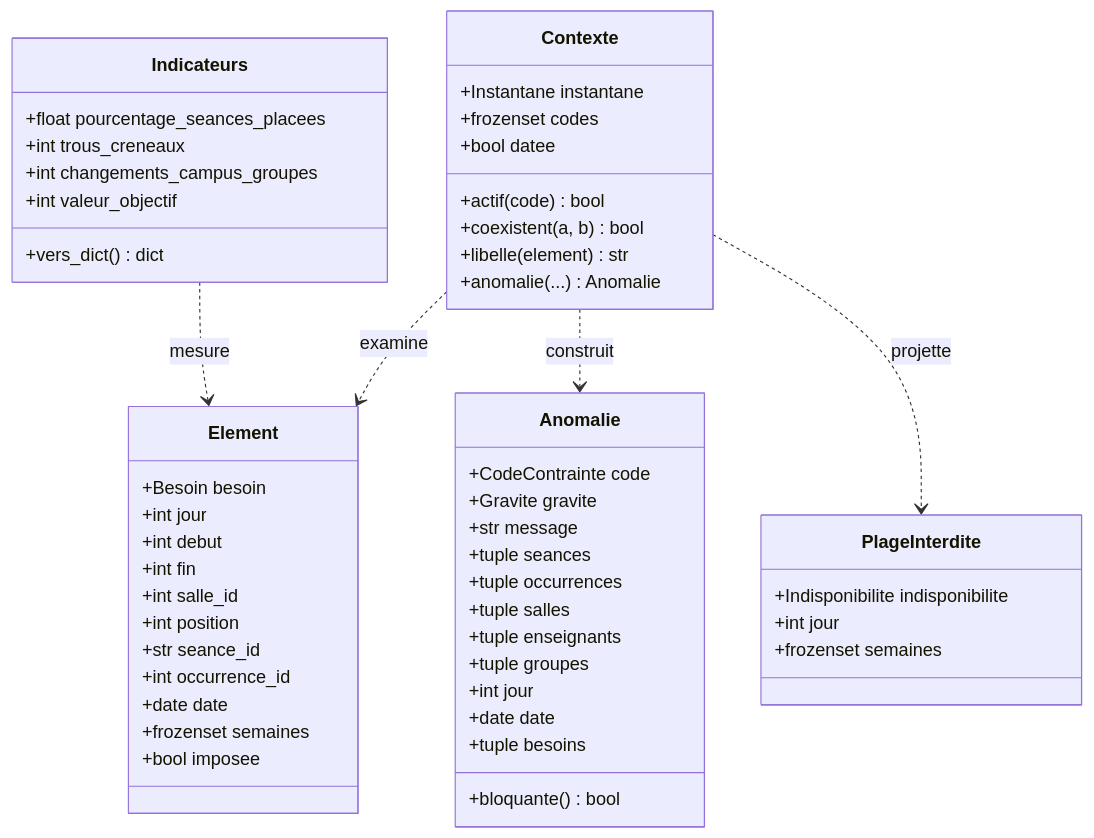
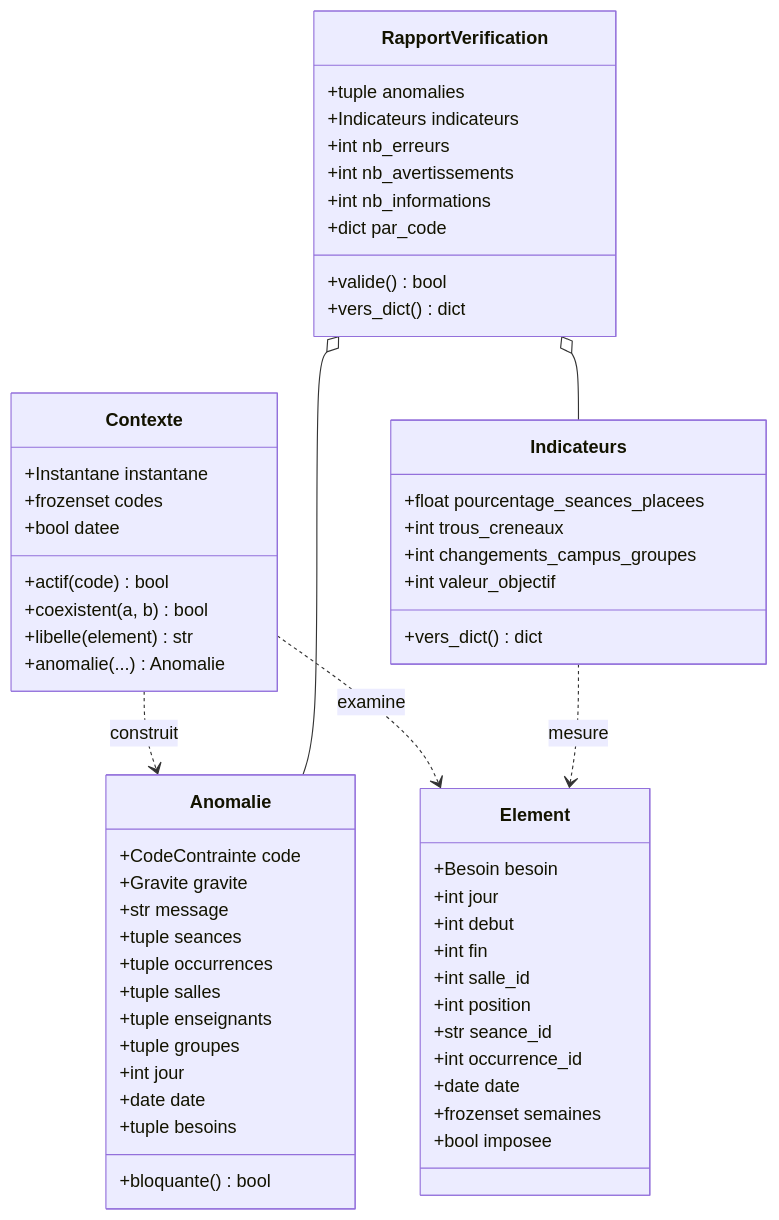
The diagram in docs/verification.md (Maki882/projet-edt), drawn with Mermaid before and after one commit. The commit also changed other lines of this file, not shown here.

````diff
--- a/docs/verification.md
+++ b/docs/verification.md
@@ -174,55 +191,61 @@
 ```mermaid
 classDiagram
     class Anomalie {
         +CodeContrainte code
         +Gravite gravite
         +str message
         +tuple seances
         +tuple occurrences
         +tuple salles
         +tuple enseignants
         +tuple groupes
         +int jour
         +date date
         +tuple besoins
         +bloquante() bool
     }
     class Element {
         +Besoin besoin
         +int jour
         +int debut
         +int fin
         +int salle_id
         +int position
         +str seance_id
         +int occurrence_id
         +date date
         +frozenset semaines
         +bool imposee
     }
     class Contexte {
         +Instantane instantane
         +frozenset codes
         +bool datee
         +actif(code) bool
         +coexistent(a, b) bool
         +libelle(element) str
         +anomalie(...) Anomalie
     }
-    class PlageInterdite {
-        +Indisponibilite indisponibilite
-        +int jour
-        +frozenset semaines
-    }
     class Indicateurs {
         +float pourcentage_seances_placees
         +int trous_creneaux
         +int changements_campus_groupes
         +int valeur_objectif
         +vers_dict() dict
     }
+    class RapportVerification {
+        +tuple anomalies
+        +Indicateurs indicateurs
+        +int nb_erreurs
+        +int nb_avertissements
+        +int nb_informations
+        +dict par_code
+        +valide() bool
+        +vers_dict() dict
+    }
     Contexte ..> Element : examine
     Contexte ..> Anomalie : construit
-    Contexte ..> PlageInterdite : projette
     Indicateurs ..> Element : mesure
+    RapportVerification o-- Anomalie
+    RapportVerification o-- Indicateurs
 ```
````
